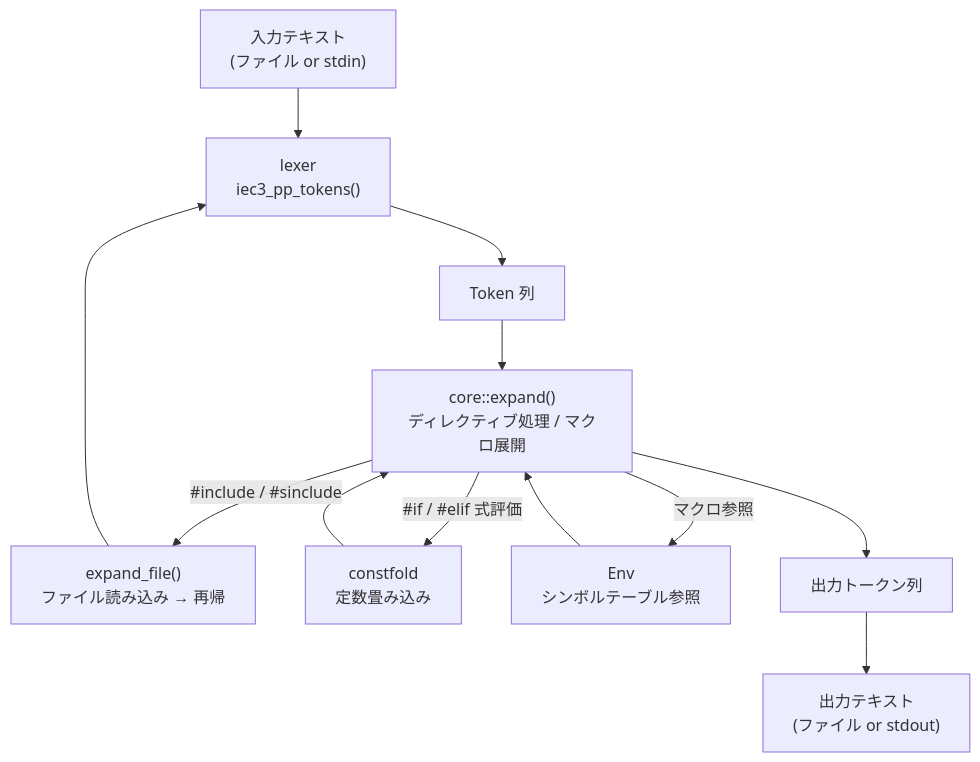
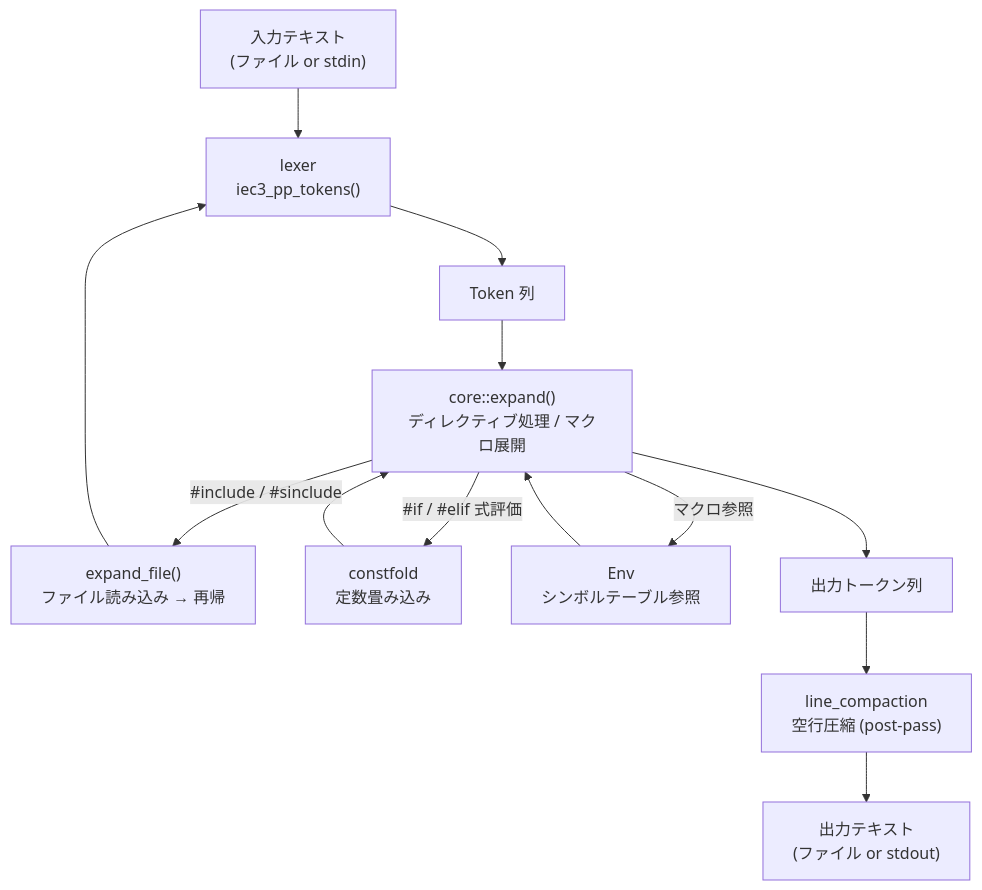
Before and after one commit to yunos0987/jiepp: the diagram in ARCHITECTURE.md, drawn with Mermaid. The commit also changed other lines of this file and 27 other files, not shown here.

````diff
--- a/ARCHITECTURE.md
+++ b/ARCHITECTURE.md
@@ -176,14 +176,15 @@
 ```mermaid
 flowchart TD
     A["入力テキスト\n(ファイル or stdin)"] --> B["lexer\niec3_pp_tokens()"]
     B --> C["Token 列"]
     C --> D["core::expand()\nディレクティブ処理 / マクロ展開"]
     D -- "#include / #sinclude" --> E["expand_file()\nファイル読み込み → 再帰"]
     E --> B
     D -- "#if / #elif 式評価" --> F["constfold\n定数畳み込み"]
     F --> D
     D -- "マクロ参照" --> G["Env\nシンボルテーブル参照"]
     G --> D
     D --> H["出力トークン列"]
-    H --> I["出力テキスト\n(ファイル or stdout)"]
+    H --> H2["line_compaction\n空行圧縮 (post-pass)"]
+    H2 --> I["出力テキスト\n(ファイル or stdout)"]
 ```
````
